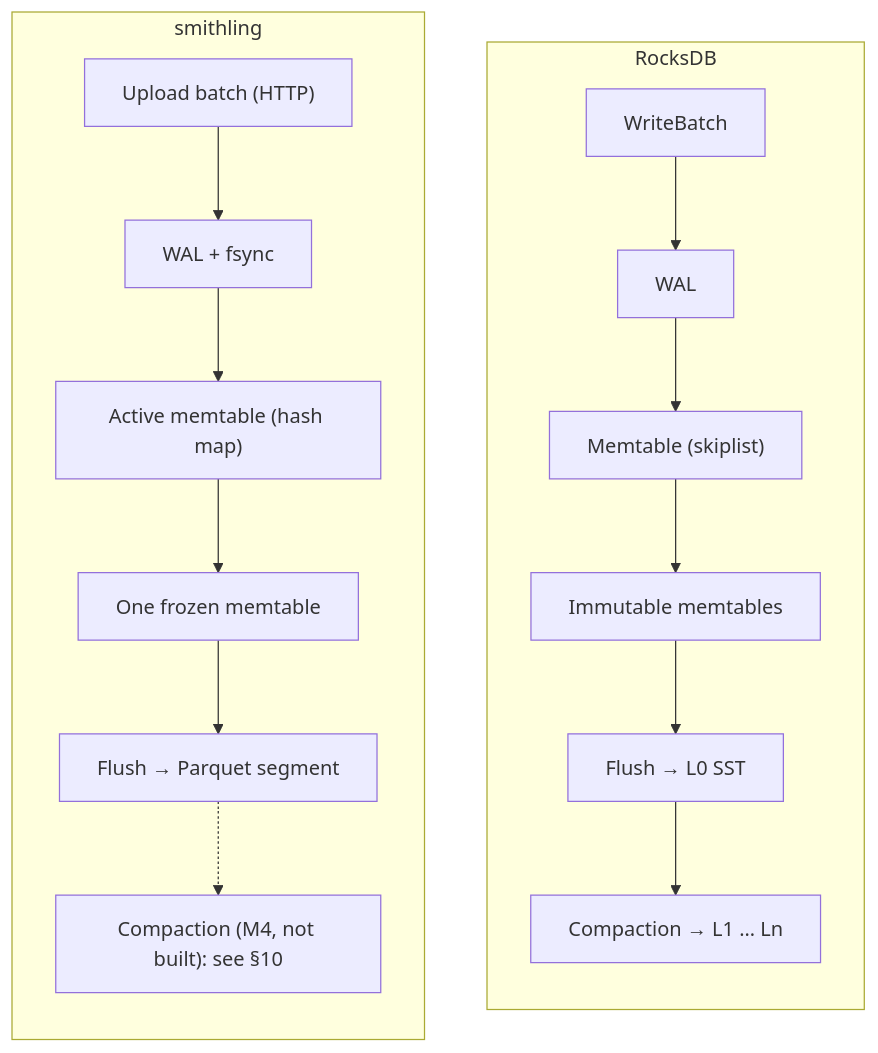
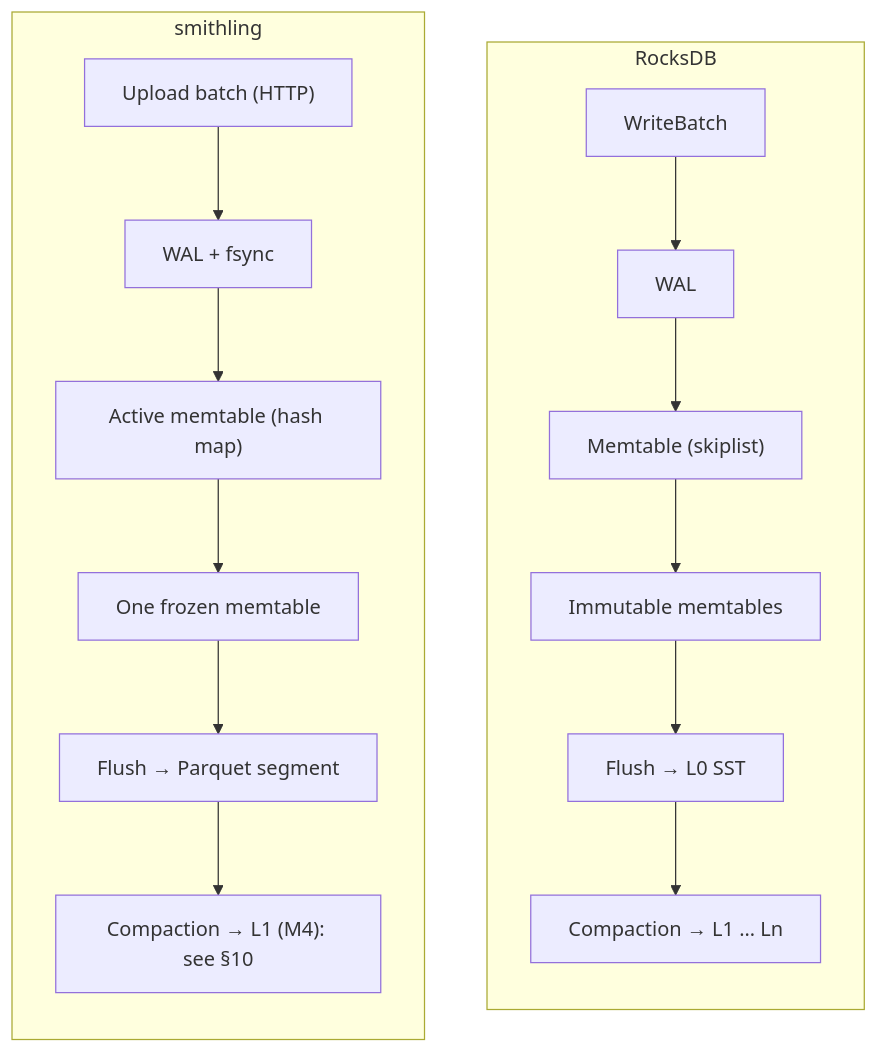
Before and after one commit to liukai/smithling: the first of 9 diagrams in ROCKSDB_COMPARISON.md, drawn with Mermaid. The commit also changed other lines of this file and 2 other files, not shown here.

First line of the commit message:
docs: RocksDB comparison for M4 compaction and versions; review findings F-1–F-4 in the backlog

````diff
--- a/ROCKSDB_COMPARISON.md
+++ b/ROCKSDB_COMPARISON.md
@@ -40,15 +40,15 @@
 ```mermaid
 flowchart TB
     subgraph R["RocksDB"]
         direction TB
         R1["WriteBatch"] --> R2["WAL"] --> R3["Memtable (skiplist)"]
         R3 --> R4["Immutable memtables"] --> R5["Flush → L0 SST"]
         R5 --> R6["Compaction → L1 … Ln"]
     end
     subgraph T["smithling"]
         direction TB
         T1["Upload batch (HTTP)"] --> T2["WAL + fsync"] --> T3["Active memtable (hash map)"]
         T3 --> T4["One frozen memtable"] --> T5["Flush → Parquet segment"]
-        T5 -.-> T6["Compaction (M4, not built): see §10"]
+        T5 --> T6["Compaction → L1 (M4): see §10"]
     end
 ```
````
